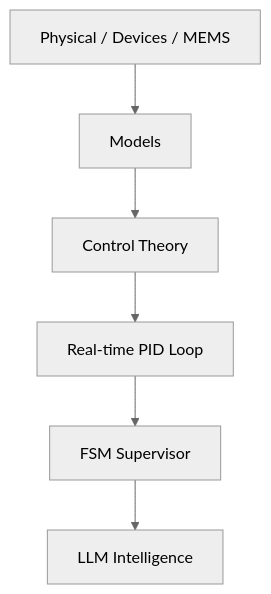
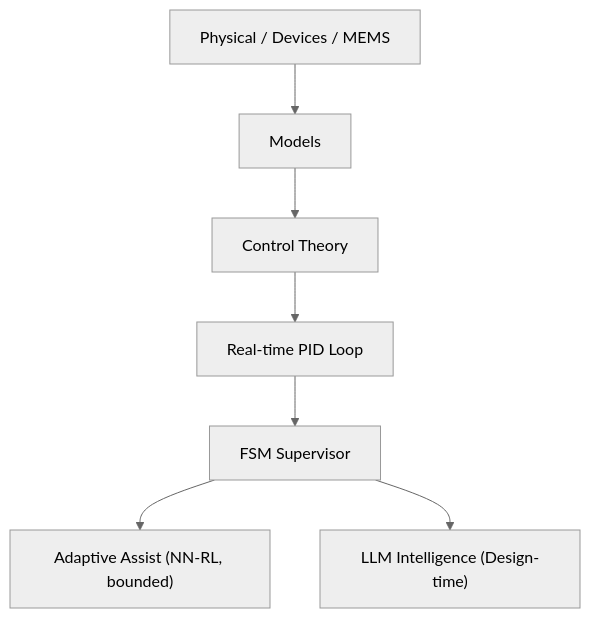
Before and after one commit to Samizo-AITL/Samizo-AITL.github.io: the diagram in portal/en/index.md, drawn with Mermaid (neutral theme).

````diff
--- a/portal/en/index.md
+++ b/portal/en/index.md
@@ -91,8 +91,9 @@
 ```mermaid
 flowchart TB
-  P[Physical / Devices / MEMS] --> M[Models]
-  M --> C[Control Theory]
-  C --> R[Real-time PID Loop]
-  R --> S[FSM Supervisor]
-  S --> I[LLM Intelligence]
+  P["Physical / Devices / MEMS"] --> M["Models"]
+  M --> C["Control Theory"]
+  C --> R["Real-time PID Loop"]
+  R --> S["FSM Supervisor"]
+  S --> A["Adaptive Assist (NN-RL, bounded)"]
+  S --> I["LLM Intelligence (Design-time)"]
 ```
````
